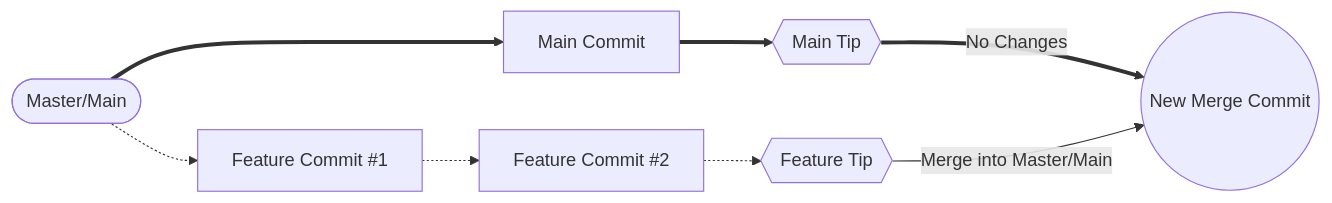
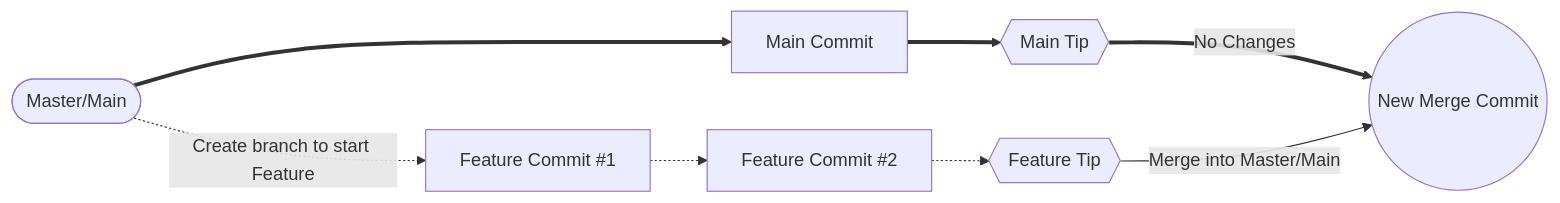
The first of 5 diagrams in README.md (gospino123/gospino123-uf), drawn with Mermaid before and after one commit.

Commit message:
Edit text in git branching tutorial

````diff
--- a/README.md
+++ b/README.md
@@ -83,10 +83,10 @@
 ```mermaid
 flowchart LR
  A([Master/Main]) ==> B[Main Commit];
- A -.-> D[Feature Commit #1];
+ A -. Create branch to start Feature .-> D[Feature Commit #1];
  B ==> C{{Main Tip}};
  D -.-> E[Feature Commit #2];
  E -.-> F{{Feature Tip}};
  C == No Changes ==> G((New Merge Commit));
  F -- Merge into Master/Main --> G
 ```
````
